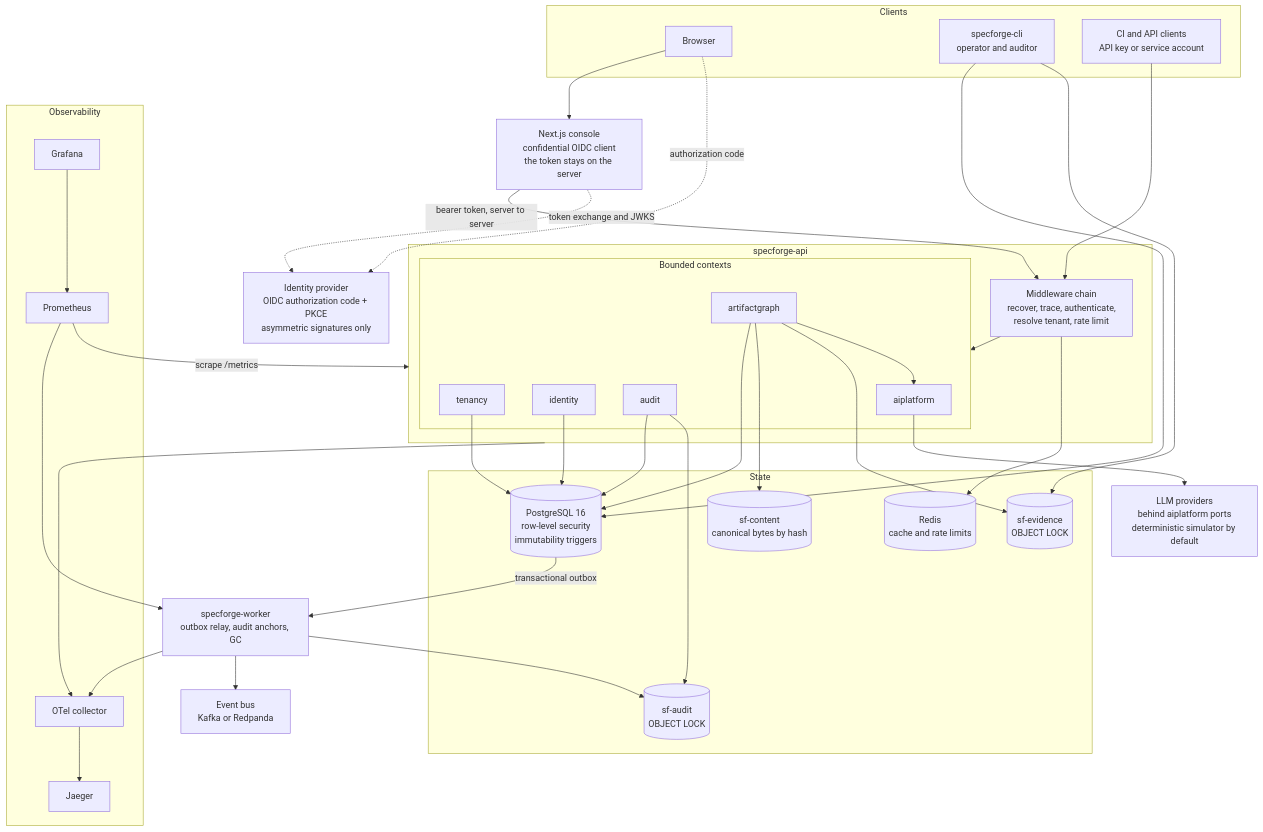
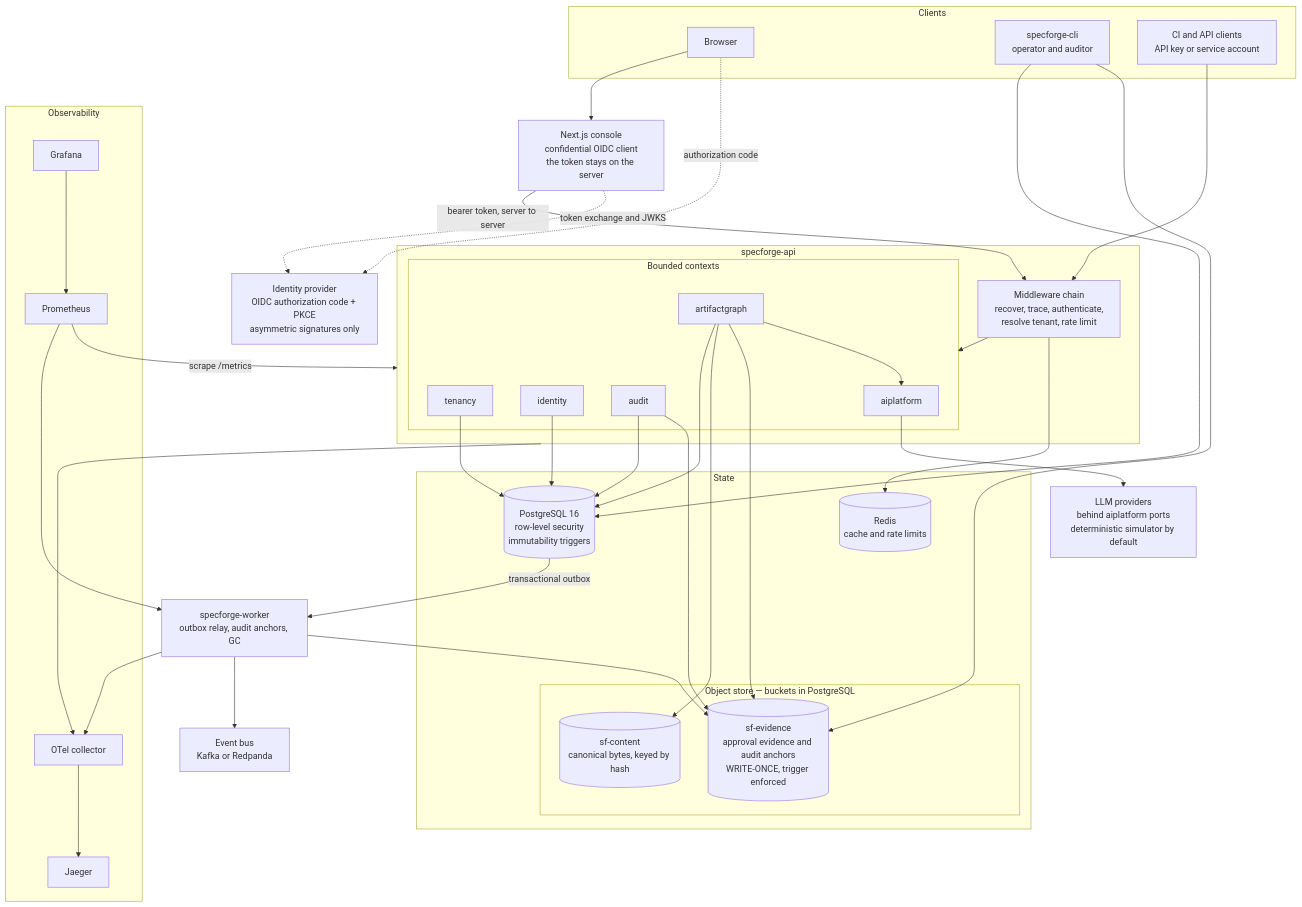
The first of 10 diagrams in README.md (udaykishore-resu/specforge), drawn with Mermaid before and after one commit. The commit also changed other lines of this file and 18 other files, not shown here.

````diff
--- a/README.md
+++ b/README.md
@@ -110,74 +111,75 @@
 ```mermaid
 flowchart TB
     subgraph clients["Clients"]
         browser["Browser"]
         cli["specforge-cli<br/>operator and auditor"]
         machine["CI and API clients<br/>API key or service account"]
     end
 
     console["Next.js console<br/>confidential OIDC client<br/>the token stays on the server"]
     idp["Identity provider<br/>OIDC authorization code + PKCE<br/>asymmetric signatures only"]
 
     subgraph apisvc["specforge-api"]
         mw["Middleware chain<br/>recover, trace, authenticate,<br/>resolve tenant, rate limit"]
         subgraph mods["Bounded contexts"]
             modtenancy["tenancy"]
             modidentity["identity"]
             modartifact["artifactgraph"]
             modaudit["audit"]
             modai["aiplatform"]
         end
     end
 
     worker["specforge-worker<br/>outbox relay, audit anchors, GC"]
 
     subgraph state["State"]
         pg[("PostgreSQL 16<br/>row-level security<br/>immutability triggers")]
         redis[("Redis<br/>cache and rate limits")]
-        content[("sf-content<br/>canonical bytes by hash")]
-        evidence[("sf-evidence<br/>OBJECT LOCK")]
-        anchors[("sf-audit<br/>OBJECT LOCK")]
+        subgraph objects["Object store — buckets in PostgreSQL"]
+            content[("sf-content<br/>canonical bytes, keyed by hash")]
+            evidence[("sf-evidence<br/>approval evidence and audit anchors<br/>WRITE-ONCE, trigger enforced")]
+        end
     end
 
     bus["Event bus<br/>Kafka or Redpanda"]
 
     subgraph obs["Observability"]
         otel["OTel collector"]
         prom["Prometheus"]
         jaeger["Jaeger"]
         grafana["Grafana"]
     end
 
     llm["LLM providers<br/>behind aiplatform ports<br/>deterministic simulator by default"]
 
     browser --> console
     console -->|"bearer token, server to server"| mw
     machine --> mw
     browser -.->|"authorization code"| idp
     console -.->|"token exchange and JWKS"| idp
     cli --> pg
     cli --> evidence
 
     mw --> mods
     mw --> redis
     modtenancy --> pg
     modidentity --> pg
     modartifact --> pg
     modaudit --> pg
     modartifact --> content
     modartifact --> evidence
     modartifact --> modai
-    modaudit --> anchors
+    modaudit --> evidence
     modai --> llm
 
     pg -->|"transactional outbox"| worker
     worker --> bus
-    worker --> anchors
+    worker --> evidence
 
     apisvc --> otel
     worker --> otel
     otel --> jaeger
     prom -->|"scrape /metrics"| apisvc
     prom --> worker
     grafana --> prom
 ```
````
